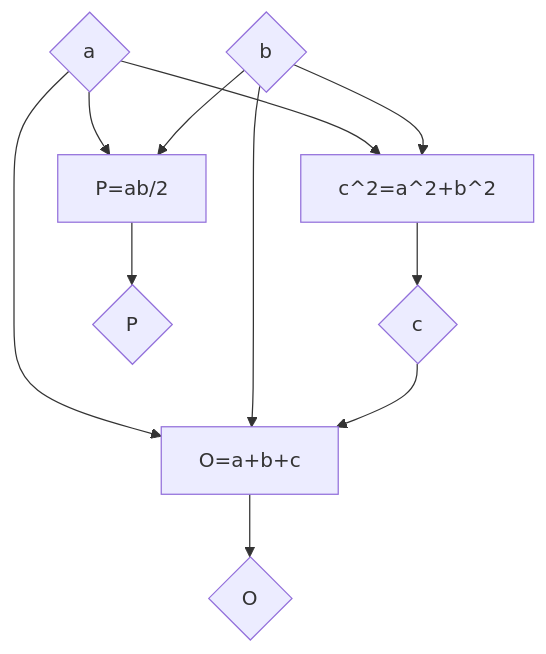
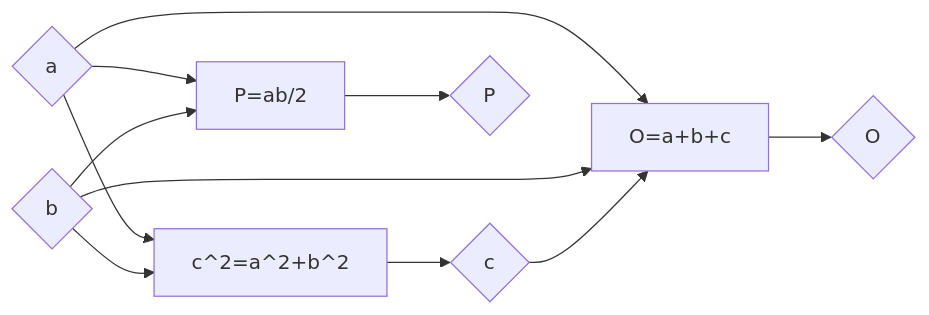
The diagram in 02-pitagora/README.md (ndjapic/mat7-2024), drawn with Mermaid before and after one commit.

````diff
--- a/02-pitagora/README.md
+++ b/02-pitagora/README.md
@@ -11,13 +11,13 @@
 ```mermaid
-graph TD;
+graph LR;
     PT[c^2=a^2+b^2] --> C{c};
     A{a} --> PT;
     B{b} --> PT;
     FO[O=a+b+c] --> O{O};
     A --> FO;
     B --> FO;
     C --> FO;
     FP[P=ab/2] --> P{P};
     A --> FP;
     B --> FP;
 ```
````
